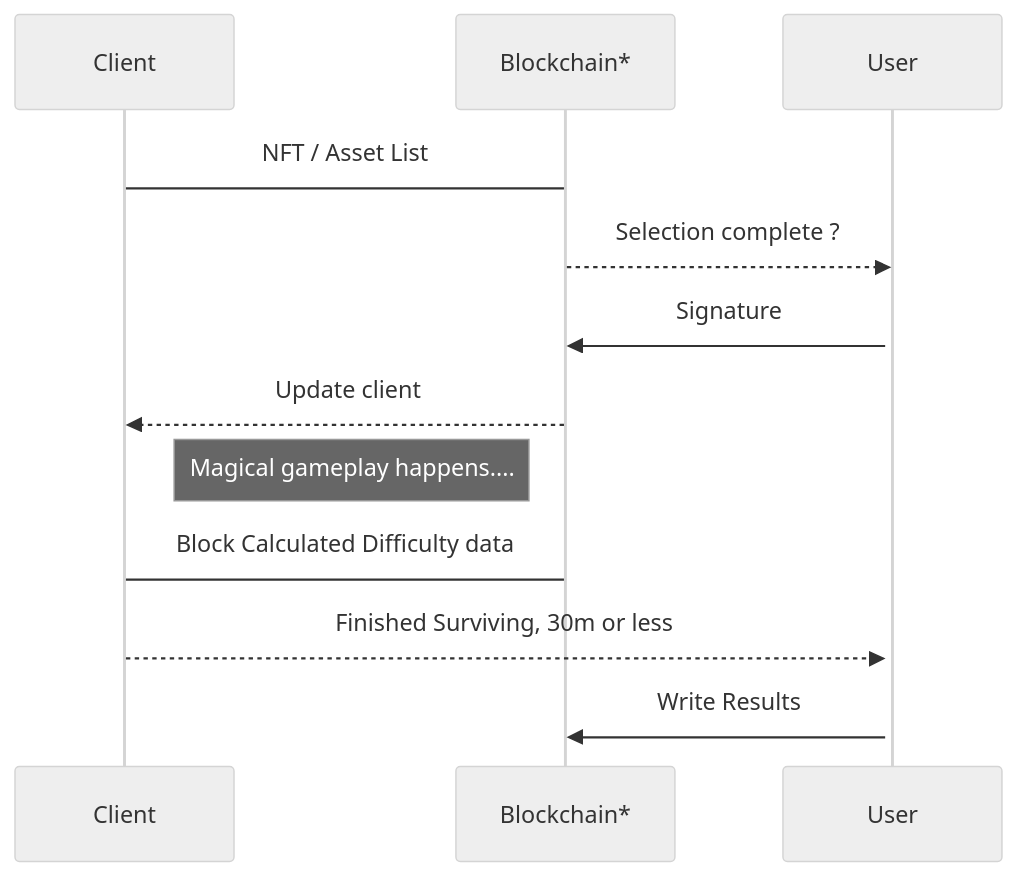
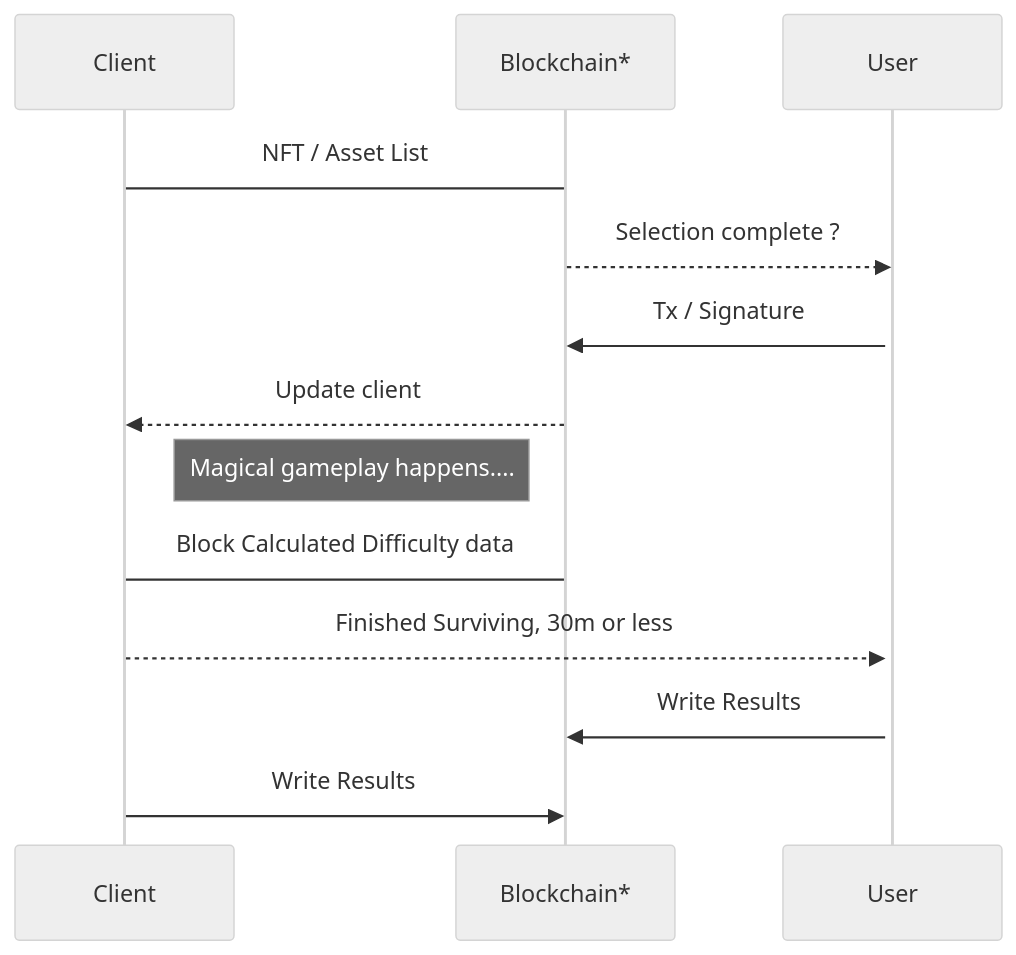
The first of 3 diagrams in README.md (OnChainSurvivor/OnChainSurvivor), drawn with Mermaid (neutral theme) before and after one commit. The commit also changed other lines of this file and 3 other files, not shown here.

````diff
--- a/README.md
+++ b/README.md
@@ -112,12 +90,13 @@
 ```mermaid
 sequenceDiagram
 Client -> Blockchain*: NFT / Asset List
 Blockchain* -->>User: Selection complete ?
-activate User
-User->> Blockchain*: Signature 
-Blockchain*-->> Client:Update client
+Activate User
+User->> Blockchain*: Tx / Signature 
+Blockchain*-->> Client: Update client
 Note left of Blockchain*: Magical gameplay happens....
 Blockchain* -> Client: Block Calculated Difficulty data
 Client-->>User: Finished Surviving, 30m or less
 User->> Blockchain*: Write Results
+Client->> Blockchain*: Write Results
 ```
````
